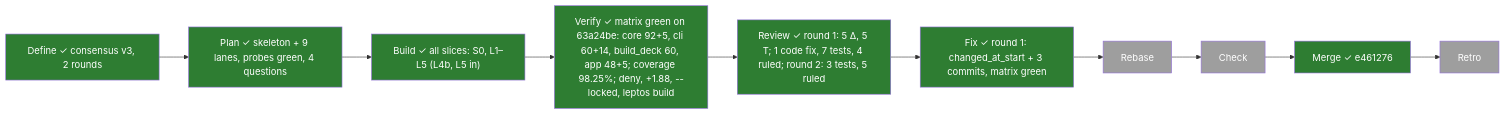
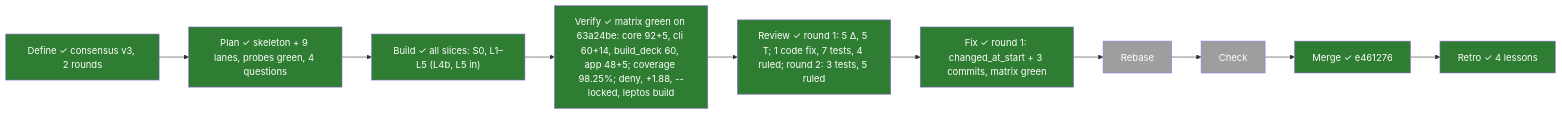
Before and after one commit to PaliCanon/learn-pali: the first of 2 diagrams in .task/002-learn-core.md, drawn with Mermaid. The commit also changed other lines of this file, not shown here.

Commit message:
chore(task): 002 retro — lessons written, validated; session archived

````diff
--- a/.task/002-learn-core.md
+++ b/.task/002-learn-core.md
@@ -7,8 +7,8 @@
 ```mermaid
 flowchart LR
-  Define["Define ✓ consensus v3, 2 rounds"]:::done --> Plan["Plan ✓ skeleton + 9 lanes, probes green, 4 questions"]:::done --> Build["Build ✓ all slices: S0, L1–L5 (L4b, L5 in)"]:::done --> Verify["Verify ✓ matrix green on 63a24be: core 92+5, cli 60+14, build_deck 60, app 48+5; coverage 98.25%; deny, +1.88, --locked, leptos build"]:::done --> Review["Review ✓ round 1: 5 Δ, 5 T; 1 code fix, 7 tests, 4 ruled; round 2: 3 tests, 5 ruled"]:::done --> Fix["Fix ✓ round 1: changed_at_start + 3 commits, matrix green"]:::done --> Rebase:::todo --> Check:::todo --> Merge["Merge ✓ e461276"]:::done --> Retro:::todo
+  Define["Define ✓ consensus v3, 2 rounds"]:::done --> Plan["Plan ✓ skeleton + 9 lanes, probes green, 4 questions"]:::done --> Build["Build ✓ all slices: S0, L1–L5 (L4b, L5 in)"]:::done --> Verify["Verify ✓ matrix green on 63a24be: core 92+5, cli 60+14, build_deck 60, app 48+5; coverage 98.25%; deny, +1.88, --locked, leptos build"]:::done --> Review["Review ✓ round 1: 5 Δ, 5 T; 1 code fix, 7 tests, 4 ruled; round 2: 3 tests, 5 ruled"]:::done --> Fix["Fix ✓ round 1: changed_at_start + 3 commits, matrix green"]:::done --> Rebase:::todo --> Check:::todo --> Merge["Merge ✓ e461276"]:::done --> Retro["Retro ✓ 4 lessons"]:::done
   classDef done fill:#2e7d32,color:#fff
   classDef doing fill:#f9a825,color:#000
   classDef todo fill:#9e9e9e,color:#fff
   classDef fail fill:#c62828,color:#fff
 ```
````
